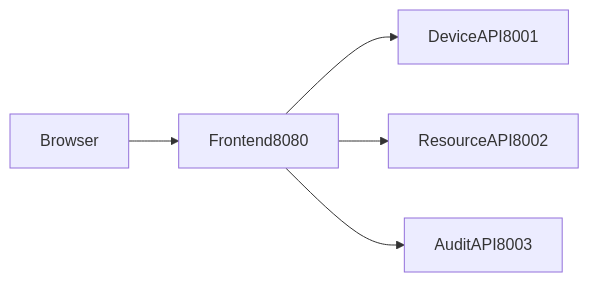
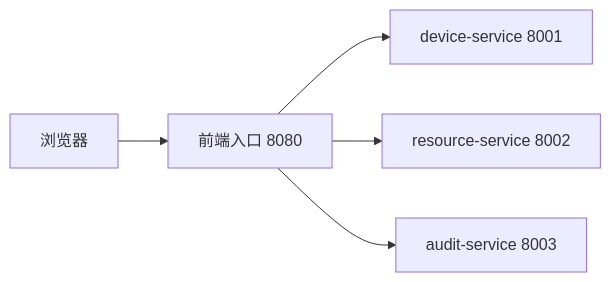
Before and after one commit to hwang-protocol/docker_k8s_2026: the second of 4 diagrams in k8s/06-gitops-and-automation/docs/03_app_design_and_local_preview.md, drawn with Mermaid. The commit also changed other lines of this file and 33 other files, not shown here.

````diff
--- a/k8s/06-gitops-and-automation/docs/03_app_design_and_local_preview.md
+++ b/k8s/06-gitops-and-automation/docs/03_app_design_and_local_preview.md
@@ -155,13 +178,13 @@
 ```mermaid
 flowchart LR
-  browser[Browser]
-  frontend[Frontend8080]
-  deviceApi[DeviceAPI8001]
-  resourceApi[ResourceAPI8002]
-  auditApi[AuditAPI8003]
+  browser[浏览器]
+  frontend[前端入口 8080]
+  deviceApi[device-service 8001]
+  resourceApi[resource-service 8002]
+  auditApi[audit-service 8003]
 
   browser --> frontend
   frontend --> deviceApi
   frontend --> resourceApi
   frontend --> auditApi
 ```
````
